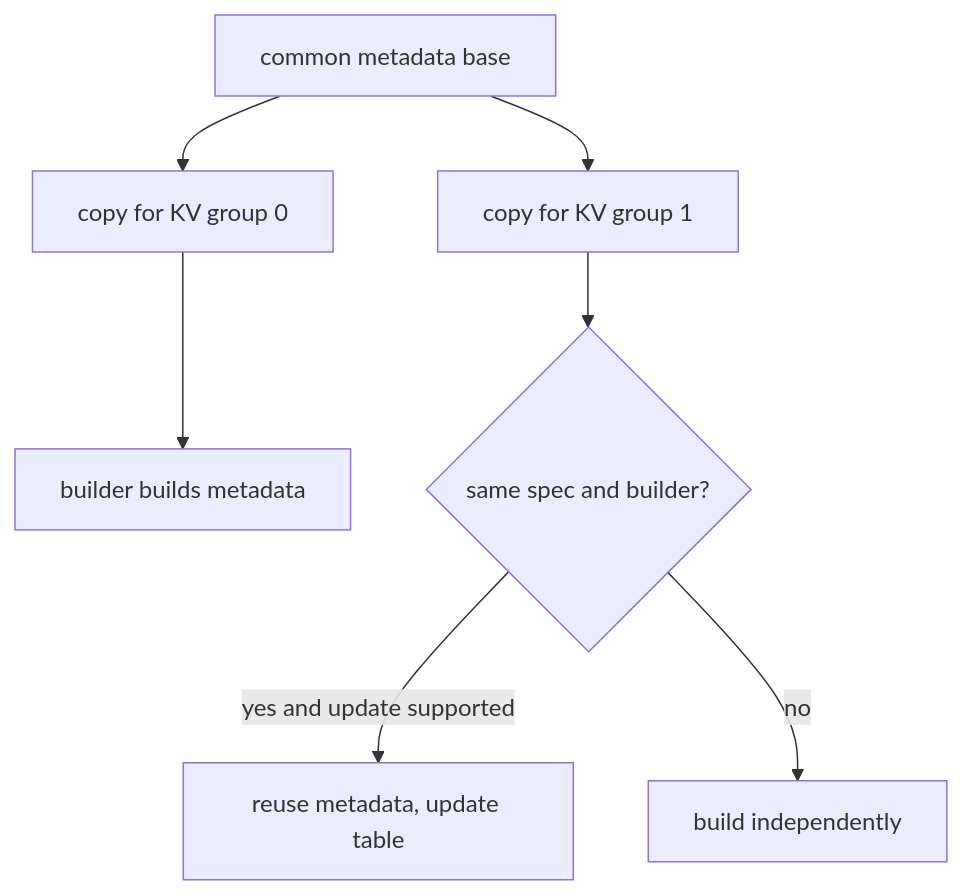
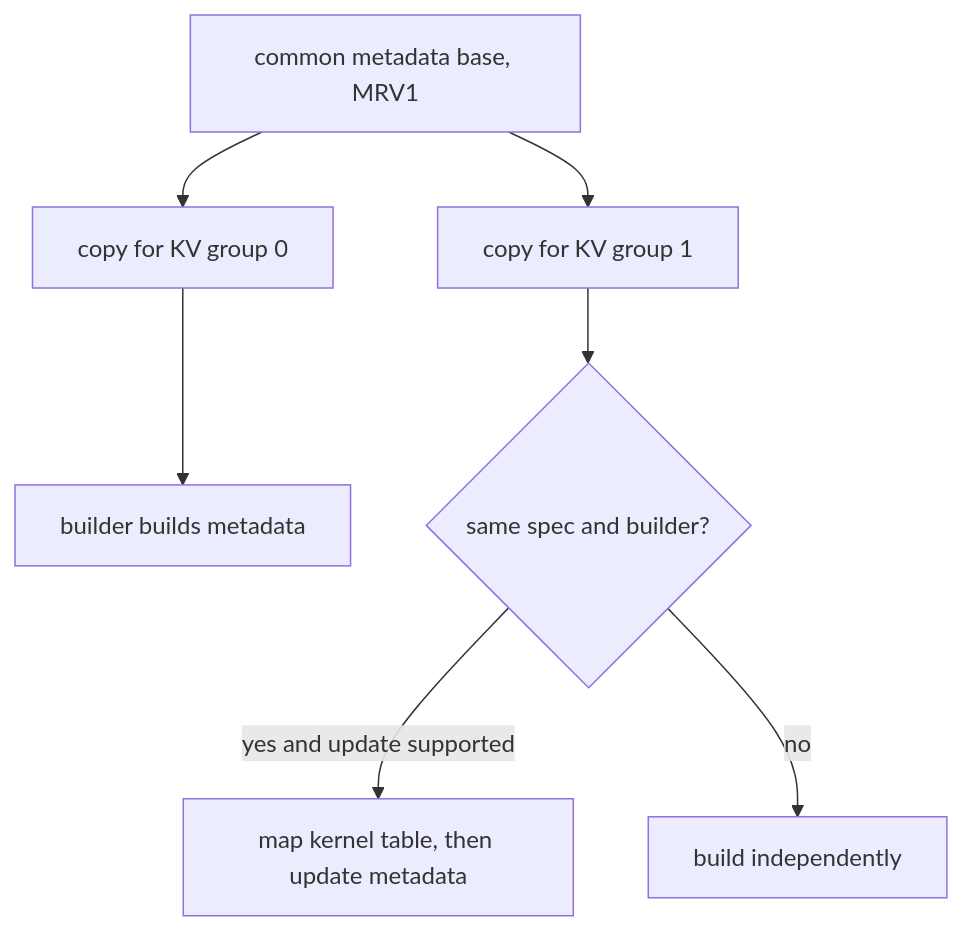
Before and after one commit to cluster1900/vllm_reader: diagram 24 of 41 in book/06-paged-attention/README.md, drawn with Mermaid. The commit also changed other lines of this file and 37 other files, not shown here.

````diff
--- a/book/06-paged-attention/README.md
+++ b/book/06-paged-attention/README.md
@@ -760,9 +801,9 @@
 ```mermaid
 flowchart TD
-    C["common metadata base"] --> G0["copy for KV group 0"]
+    C["common metadata base, MRV1"] --> G0["copy for KV group 0"]
     C --> G1["copy for KV group 1"]
     G0 --> BUILD["builder builds metadata"]
     G1 --> SAME{"same spec and builder?"}
-    SAME -->|"yes and update supported"| UPDATE["reuse metadata, update table"]
+    SAME -->|"yes and update supported"| UPDATE["map kernel table, then update metadata"]
     SAME -->|"no"| BUILD2["build independently"]
 ```
````
